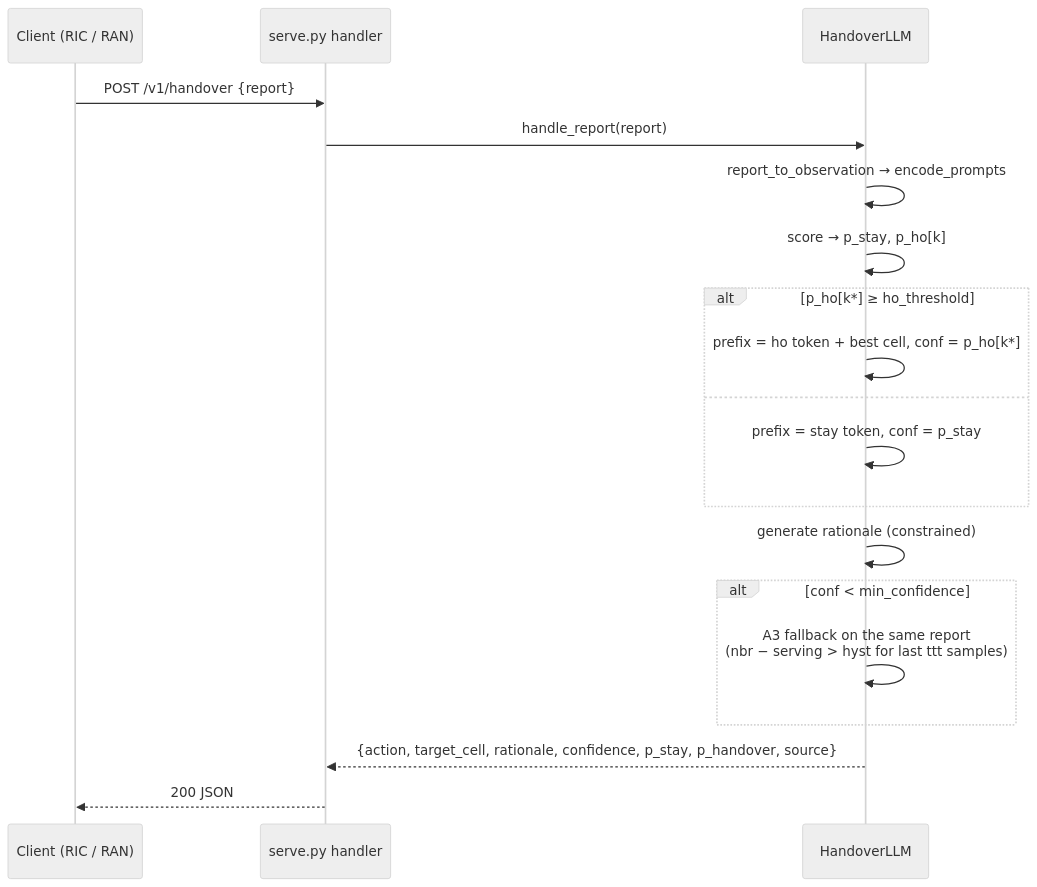
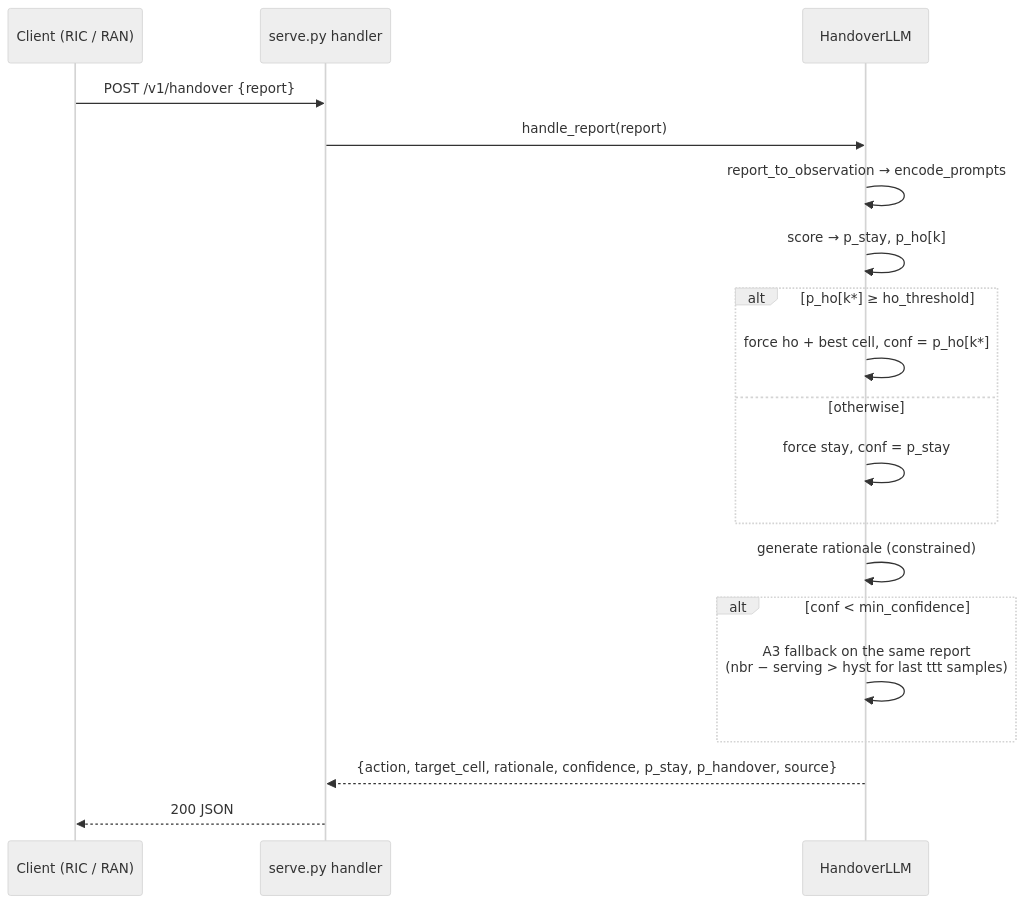
Before and after one commit to unoaman/AI-RAN-LLM: the seventh of 7 diagrams in docs/DESIGN.md, drawn with Mermaid (neutral theme). The commit also changed other lines of this file, not shown here.

First line of the commit message:
DESIGN.md: fix overlapping constrained-decoding diagram

````diff
--- a/docs/DESIGN.md
+++ b/docs/DESIGN.md
@@ -822,21 +823,21 @@
 ```mermaid
 sequenceDiagram
     participant C as Client (RIC / RAN)
     participant S as serve.py handler
     participant L as HandoverLLM
     C->>S: POST /v1/handover {report}
     S->>L: handle_report(report)
     L->>L: report_to_observation → encode_prompts
     L->>L: score → p_stay, p_ho[k]
     alt p_ho[k*] ≥ ho_threshold
-        L->>L: prefix = ho token + best cell, conf = p_ho[k*]
-    else
-        L->>L: prefix = stay token, conf = p_stay
+        L->>L: force ho + best cell, conf = p_ho[k*]
+    else otherwise
+        L->>L: force stay, conf = p_stay
     end
     L->>L: generate rationale (constrained)
     alt conf < min_confidence
         L->>L: A3 fallback on the same report<br/>(nbr − serving > hyst for last ttt samples)
     end
     L-->>S: {action, target_cell, rationale, confidence, p_stay, p_handover, source}
     S-->>C: 200 JSON
 ```
````
